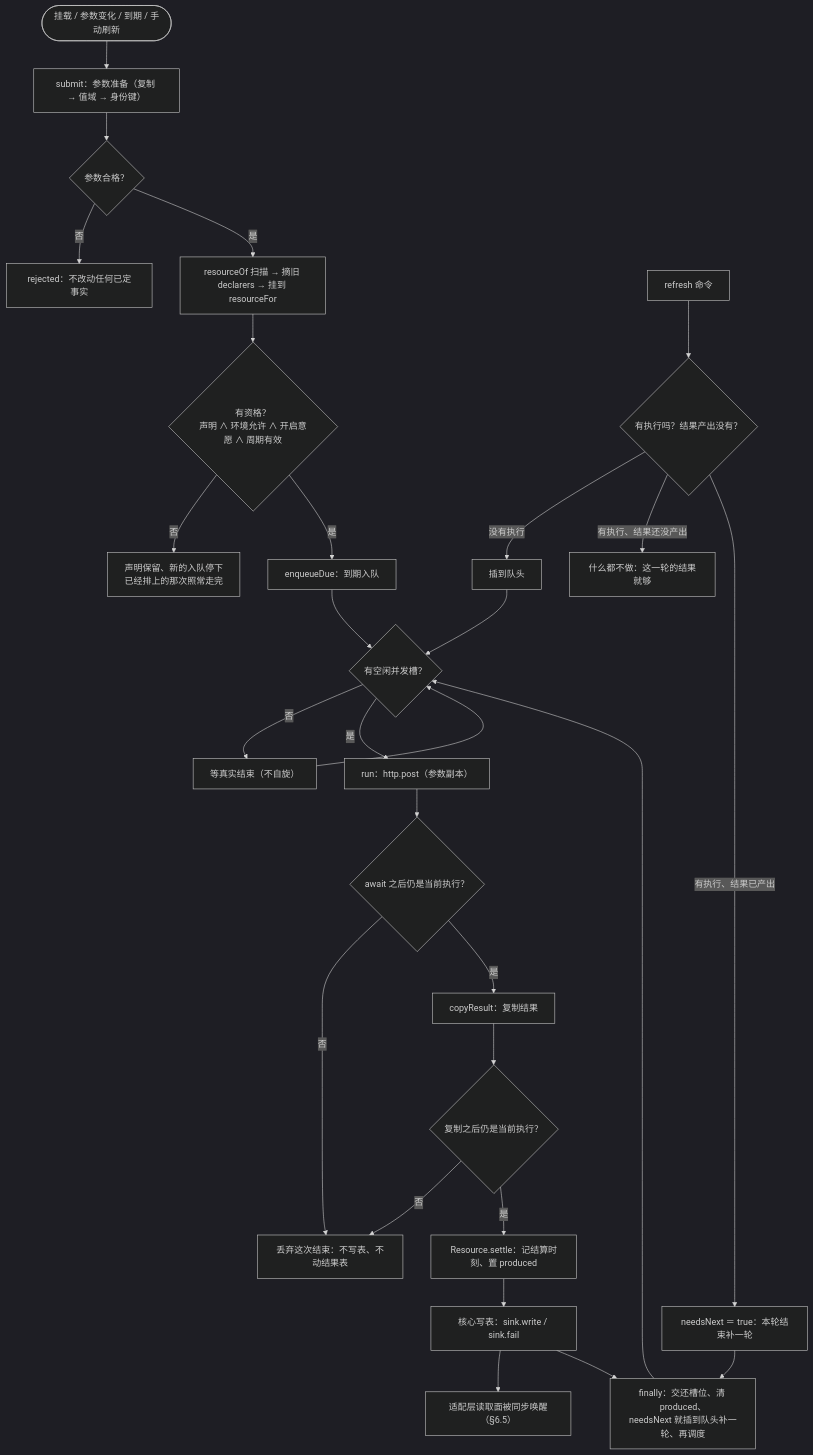
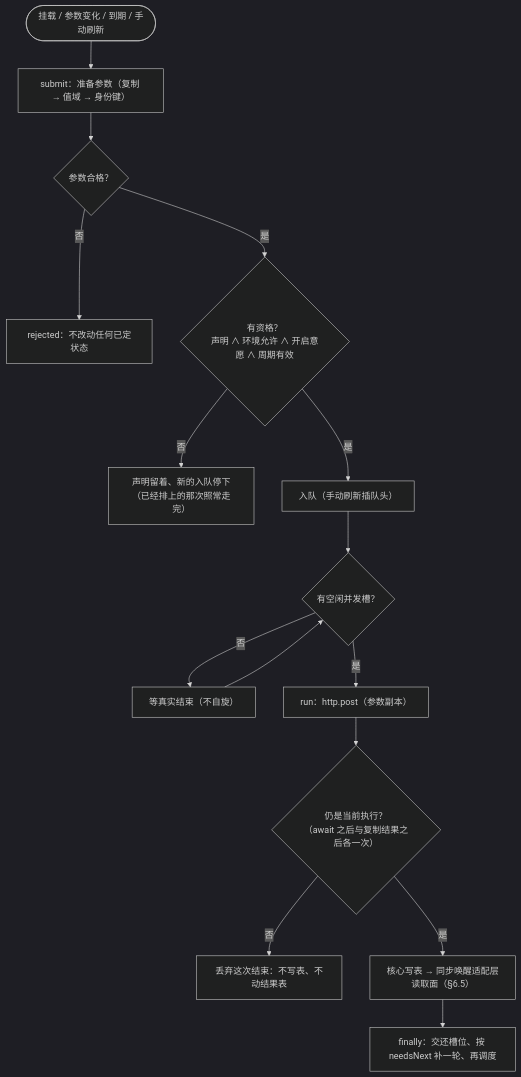
Before and after one commit to anjing0524/vue-refresh: the third of 4 diagrams in DESIGN.md, drawn with Mermaid (dark theme). The commit also changed other lines of this file and 2 other files, not shown here.

First line of the commit message:
三张图收成「一屏看得完」：数据流图去子图、两张流程图去分支（ADR-110）

````diff
--- a/DESIGN.md
+++ b/DESIGN.md
@@ -286,30 +261,17 @@
 ```mermaid
 flowchart TD
-  Start(["挂载 / 参数变化 / 到期 / 手动刷新"]) --> Submit["submit：参数准备（复制 → 值域 → 身份键）"]
-  Submit --> Legal{"参数合格？"}
-  Legal -->|"否"| Rejected["rejected：不改动任何已定事实"]
-  Legal -->|"是"| Find["resourceOf 扫描 → 摘旧 declarers → 挂到 resourceFor"]
-  Find --> Eligible{"有资格？<br/>声明 ∧ 环境允许 ∧ 开启意愿 ∧ 周期有效"}
-  Eligible -->|"否"| Hold["声明保留、新的入队停下<br/>已经排上的那次照常走完"]
-  Eligible -->|"是"| Due["enqueueDue：到期入队"]
-  Manual["refresh 命令"] --> Branch{"有执行吗？结果产出没有？"}
-  Branch -->|"没有执行"| Front["插到队头"]
-  Branch -->|"有执行、结果还没产出"| Use["什么都不做：这一轮的结果就够"]
-  Branch -->|"有执行、结果已产出"| Next["needsNext ＝ true：本轮结束补一轮"]
-  Front --> Idle
-  Due --> Idle{"有空闲并发槽？"}
-  Idle -->|"否"| Wait["等真实结束（不自旋）"]
-  Wait --> Idle
-  Idle -->|"是"| Run["run：http.post（参数副本）"]
-  Run --> After{"await 之后仍是当前执行？"}
-  After -->|"否"| Drop["丢弃这次结束：不写表、不动结果表"]
-  After -->|"是"| Copy["copyResult：复制结果"]
-  Copy --> AfterCopy{"复制之后仍是当前执行？"}
-  AfterCopy -->|"否"| Drop
-  AfterCopy -->|"是"| Settle["Resource.settle：记结算时刻、置 produced"]
-  Settle --> Write["核心写表：sink.write / sink.fail"]
-  Write --> Publish["适配层读取面被同步唤醒（§6.5）"]
-  Write --> Finish["finally：交还槽位、清 produced、<br/>needsNext 就插到队头补一轮、再调度"]
-  Next --> Finish
-  Finish --> Idle
+  Start(["挂载 / 参数变化 / 到期 / 手动刷新"]) --> Prep["submit：准备参数（复制 → 值域 → 身份键）"]
+  Prep --> Legal{"参数合格？"}
+  Legal -->|"否"| Reject["rejected：不改动任何已定状态"]
+  Legal -->|"是"| Eligible{"有资格？<br/>声明 ∧ 环境允许 ∧ 开启意愿 ∧ 周期有效"}
+  Eligible -->|"否"| Hold["声明留着、新的入队停下<br/>（已经排上的那次照常走完）"]
+  Eligible -->|"是"| Enqueue["入队（手动刷新插队头）"]
+  Enqueue --> Slot{"有空闲并发槽？"}
+  Slot -->|"否"| Wait["等真实结束（不自旋）"]
+  Wait --> Slot
+  Slot -->|"是"| Run["run：http.post（参数副本）"]
+  Run --> Current{"仍是当前执行？<br/>（await 之后与复制结果之后各一次）"}
+  Current -->|"否"| Drop["丢弃这次结束：不写表、不动结果表"]
+  Current -->|"是"| Write["核心写表 → 同步唤醒适配层读取面（§6.5）"]
+  Write --> Finish["finally：交还槽位、按 needsNext 补一轮、再调度"]
 ```
````
